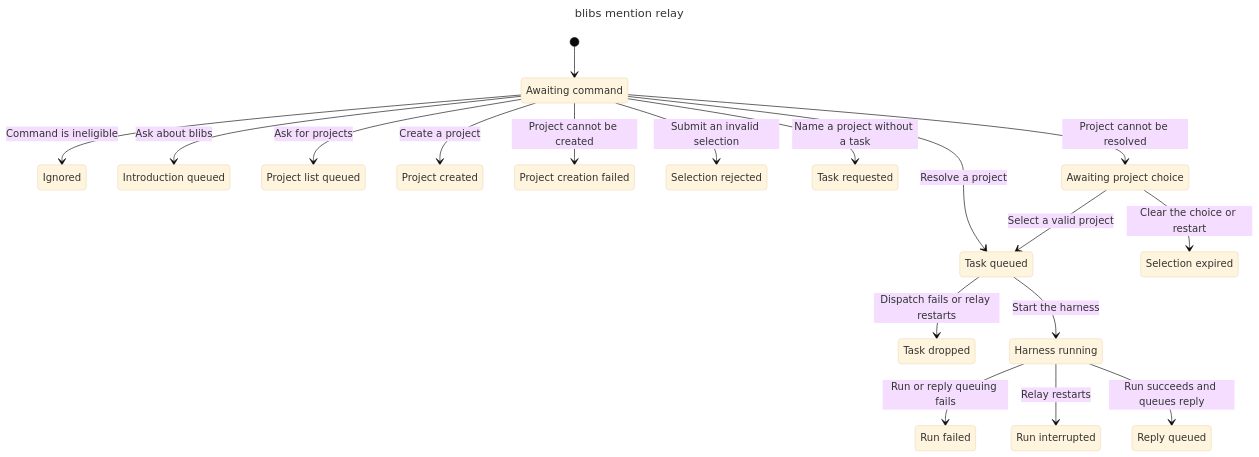
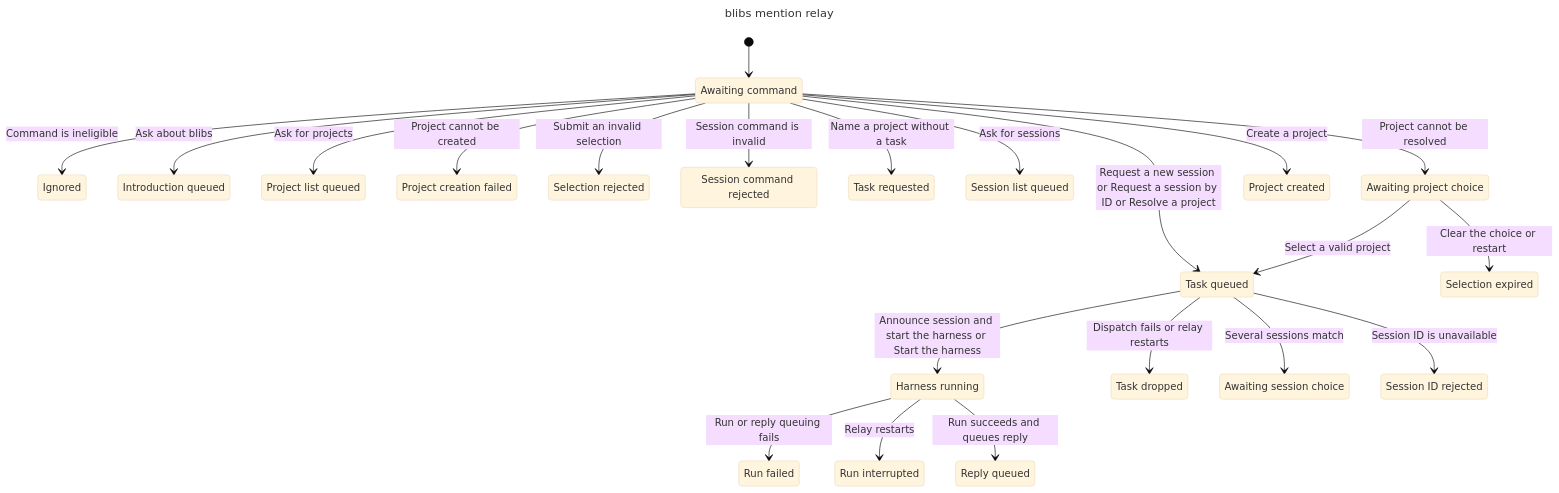
One commit to gurjas-s/blibs changed the diagram in tests/specs/MentionRelay.chart.md. Above: the diagram before and after it, drawn with Mermaid (base theme). The commit also changed other lines of this file and 8 other files, not shown here.

Commit message:
Model named session selection in the relay

````diff
--- a/tests/specs/MentionRelay.chart.md
+++ b/tests/specs/MentionRelay.chart.md
@@ -5,39 +8,47 @@
 ```mermaid
 ---
 title: "blibs mention relay"
 ---
 stateDiagram-v2
   s0: Awaiting command
   s1: Ignored
   s2: Introduction queued
   s3: Project list queued
-  s4: Project created
-  s5: Project creation failed
-  s6: Selection rejected
+  s4: Project creation failed
+  s5: Selection rejected
+  s6: Session command rejected
   s7: Task requested
   s8: Task queued
-  s9: Awaiting project choice
-  s10: Task dropped
-  s11: Selection expired
-  s12: Harness running
-  s13: Run failed
-  s14: Run interrupted
-  s15: Reply queued
+  s9: Session list queued
+  s10: Awaiting project choice
+  s11: Harness running
+  s12: Project created
+  s13: Task dropped
+  s14: Selection expired
+  s15: Awaiting session choice
+  s16: Session ID rejected
+  s17: Run failed
+  s18: Run interrupted
+  s19: Reply queued
   [*] --> s0
   s0 --> s1: Command is ineligible
   s0 --> s2: Ask about blibs
   s0 --> s3: Ask for projects
-  s0 --> s4: Create a project
-  s0 --> s5: Project cannot be created
-  s0 --> s6: Submit an invalid selection
+  s0 --> s4: Project cannot be created
+  s0 --> s5: Submit an invalid selection
+  s0 --> s6: Session command is invalid
   s0 --> s7: Name a project without a task
-  s0 --> s8: Resolve a project
-  s0 --> s9: Project cannot be resolved
-  s8 --> s10: Dispatch fails or relay restarts
-  s8 --> s12: Start the harness
-  s9 --> s11: Clear the choice or restart
-  s9 --> s8: Select a valid project
-  s12 --> s13: Run or reply queuing fails
-  s12 --> s14: Relay restarts
-  s12 --> s15: Run succeeds and queues reply
+  s0 --> s8: Request a new session or Request a session by ID or Resolve a project
+  s0 --> s9: Ask for sessions
+  s0 --> s10: Project cannot be resolved
+  s8 --> s11: Announce session and start the harness or Start the harness
+  s8 --> s13: Dispatch fails or relay restarts
+  s8 --> s16: Session ID is unavailable
+  s8 --> s15: Several sessions match
+  s10 --> s14: Clear the choice or restart
+  s10 --> s8: Select a valid project
+  s0 --> s12: Create a project
+  s11 --> s17: Run or reply queuing fails
+  s11 --> s18: Relay restarts
+  s11 --> s19: Run succeeds and queues reply
 ```
````
